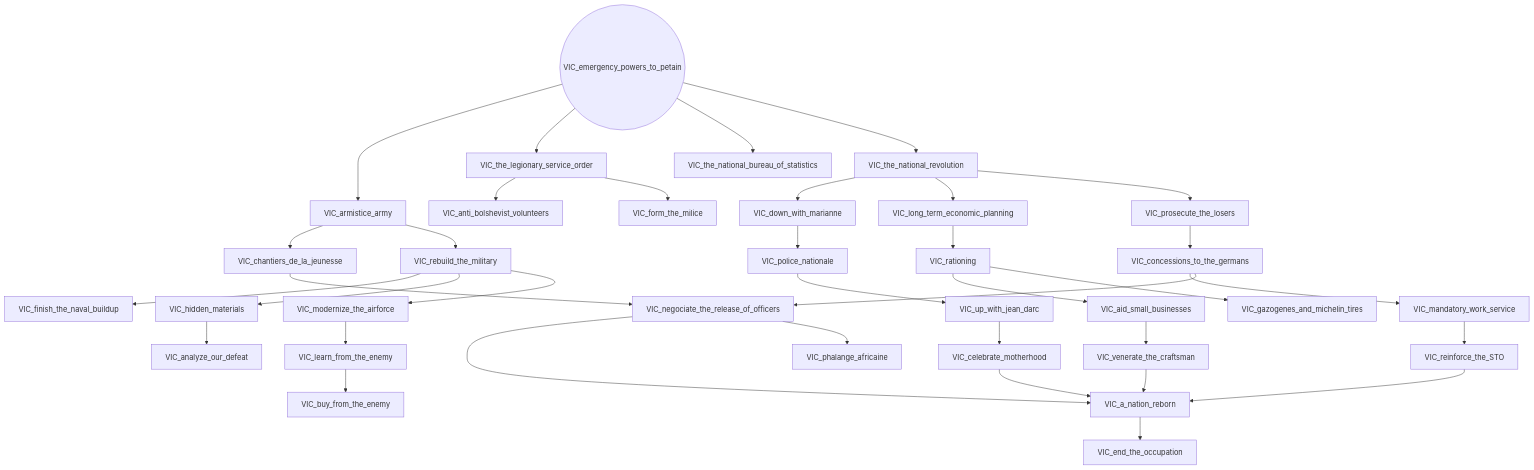
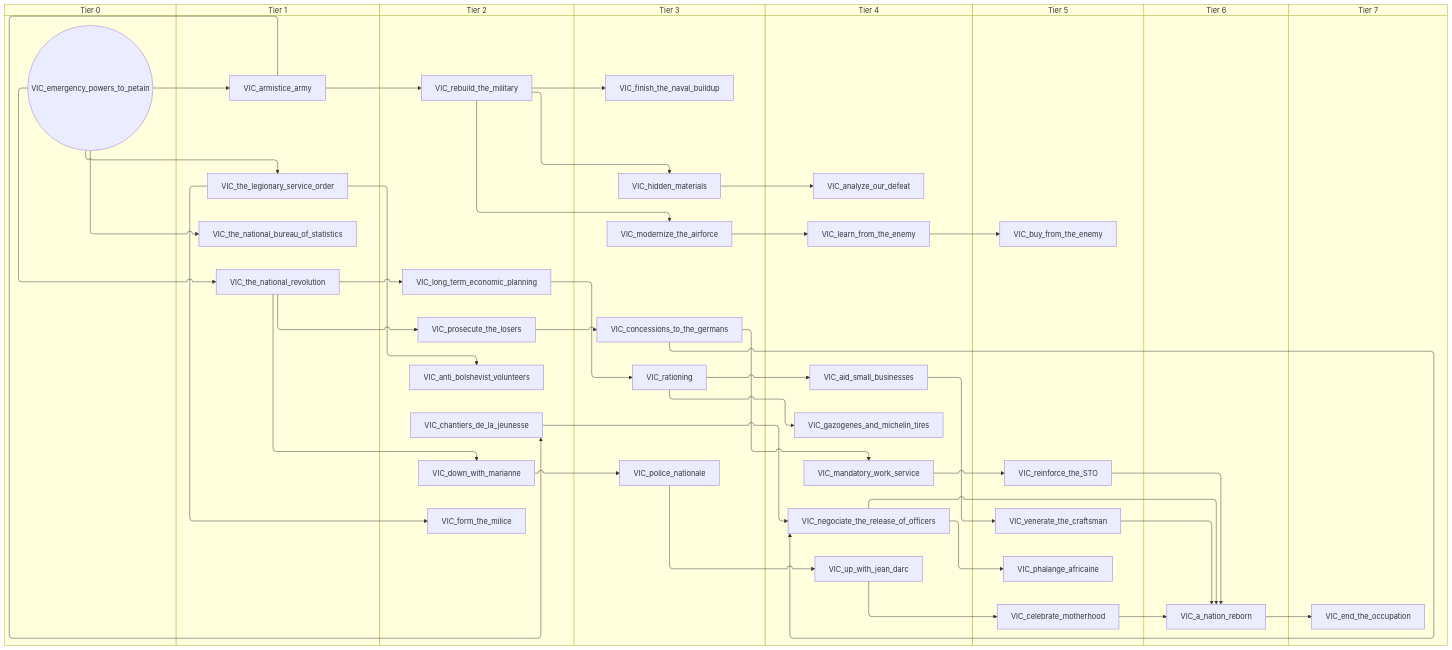
Before and after one commit to evgeny-sobol/hoi4-sandbox-mode-r56: the diagram in docs/gdd/National Focuses/r56/vichy_france.md, drawn with Mermaid. The commit also changed 423 other files, not shown here.

First line of the commit message:
Re-export Rt56 focus trees as swimlane diagrams

````diff
--- a/docs/gdd/National Focuses/r56/vichy_france.md
+++ b/docs/gdd/National Focuses/r56/vichy_france.md
@@ -3,70 +3,86 @@
 ```mermaid
-flowchart TD
-    n1["VIC_a_nation_reborn"]
-    n2["VIC_aid_small_businesses"]
-    n3["VIC_analyze_our_defeat"]
-    n4["VIC_anti_bolshevist_volunteers"]
-    n5["VIC_armistice_army"]
-    n6["VIC_buy_from_the_enemy"]
-    n7["VIC_celebrate_motherhood"]
-    n8["VIC_chantiers_de_la_jeunesse"]
-    n9["VIC_concessions_to_the_germans"]
-    n10["VIC_down_with_marianne"]
-    n11(("VIC_emergency_powers_to_petain"))
-    n12["VIC_end_the_occupation"]
-    n13["VIC_finish_the_naval_buildup"]
-    n14["VIC_form_the_milice"]
-    n15["VIC_gazogenes_and_michelin_tires"]
-    n16["VIC_hidden_materials"]
-    n17["VIC_learn_from_the_enemy"]
-    n18["VIC_long_term_economic_planning"]
-    n19["VIC_mandatory_work_service"]
-    n20["VIC_modernize_the_airforce"]
-    n21["VIC_negociate_the_release_of_officers"]
-    n22["VIC_phalange_africaine"]
-    n23["VIC_police_nationale"]
-    n24["VIC_prosecute_the_losers"]
-    n25["VIC_rationing"]
-    n26["VIC_rebuild_the_military"]
-    n27["VIC_reinforce_the_STO"]
-    n28["VIC_the_legionary_service_order"]
-    n29["VIC_the_national_bureau_of_statistics"]
-    n30["VIC_the_national_revolution"]
-    n31["VIC_up_with_jean_darc"]
-    n32["VIC_venerate_the_craftsman"]
-    n7 --> n1
-    n32 --> n1
-    n27 --> n1
-    n21 --> n1
-    n25 --> n2
-    n16 --> n3
-    n28 --> n4
-    n11 --> n5
-    n17 --> n6
-    n31 --> n7
+swimlane-beta TD
+    subgraph tier_0["Tier 0"]
+        n1(("VIC_emergency_powers_to_petain"))
+    end
+    subgraph tier_1["Tier 1"]
+        n2["VIC_armistice_army"]
+        n3["VIC_the_legionary_service_order"]
+        n4["VIC_the_national_bureau_of_statistics"]
+        n5["VIC_the_national_revolution"]
+    end
+    subgraph tier_2["Tier 2"]
+        n6["VIC_anti_bolshevist_volunteers"]
+        n7["VIC_chantiers_de_la_jeunesse"]
+        n8["VIC_down_with_marianne"]
+        n9["VIC_form_the_milice"]
+        n10["VIC_long_term_economic_planning"]
+        n11["VIC_prosecute_the_losers"]
+        n12["VIC_rebuild_the_military"]
+    end
+    subgraph tier_3["Tier 3"]
+        n13["VIC_concessions_to_the_germans"]
+        n14["VIC_finish_the_naval_buildup"]
+        n15["VIC_hidden_materials"]
+        n16["VIC_modernize_the_airforce"]
+        n17["VIC_police_nationale"]
+        n18["VIC_rationing"]
+    end
+    subgraph tier_4["Tier 4"]
+        n19["VIC_aid_small_businesses"]
+        n20["VIC_analyze_our_defeat"]
+        n21["VIC_gazogenes_and_michelin_tires"]
+        n22["VIC_learn_from_the_enemy"]
+        n23["VIC_mandatory_work_service"]
+        n24["VIC_negociate_the_release_of_officers"]
+        n25["VIC_up_with_jean_darc"]
+    end
+    subgraph tier_5["Tier 5"]
+        n26["VIC_buy_from_the_enemy"]
+        n27["VIC_celebrate_motherhood"]
+        n28["VIC_phalange_africaine"]
+        n29["VIC_reinforce_the_STO"]
+        n30["VIC_venerate_the_craftsman"]
+    end
+    subgraph tier_6["Tier 6"]
+        n31["VIC_a_nation_reborn"]
+    end
+    subgraph tier_7["Tier 7"]
+        n32["VIC_end_the_occupation"]
+    end
+    n27 --> n31
+    n30 --> n31
+    n29 --> n31
+    n24 --> n31
+    n18 --> n19
+    n15 --> n20
+    n3 --> n6
+    n1 --> n2
+    n22 --> n26
+    n25 --> n27
+    n2 --> n7
+    n11 --> n13
     n5 --> n8
-    n24 --> n9
-    n30 --> n10
-    n1 --> n12
-    n26 --> n13
-    n28 --> n14
-    n25 --> n15
-    n26 --> n16
-    n20 --> n17
-    n30 --> n18
-    n9 --> n19
-    n26 --> n20
-    n8 --> n21
-    n9 --> n21
-    n21 --> n22
-    n10 --> n23
-    n30 --> n24
-    n18 --> n25
-    n5 --> n26
-    n19 --> n27
-    n11 --> n28
-    n11 --> n29
-    n11 --> n30
-    n23 --> n31
-    n2 --> n32
+    n31 --> n32
+    n12 --> n14
+    n3 --> n9
+    n18 --> n21
+    n12 --> n15
+    n16 --> n22
+    n5 --> n10
+    n13 --> n23
+    n12 --> n16
+    n7 --> n24
+    n13 --> n24
+    n24 --> n28
+    n8 --> n17
+    n5 --> n11
+    n10 --> n18
+    n2 --> n12
+    n23 --> n29
+    n1 --> n3
+    n1 --> n4
+    n1 --> n5
+    n17 --> n25
+    n19 --> n30
 ```
````
